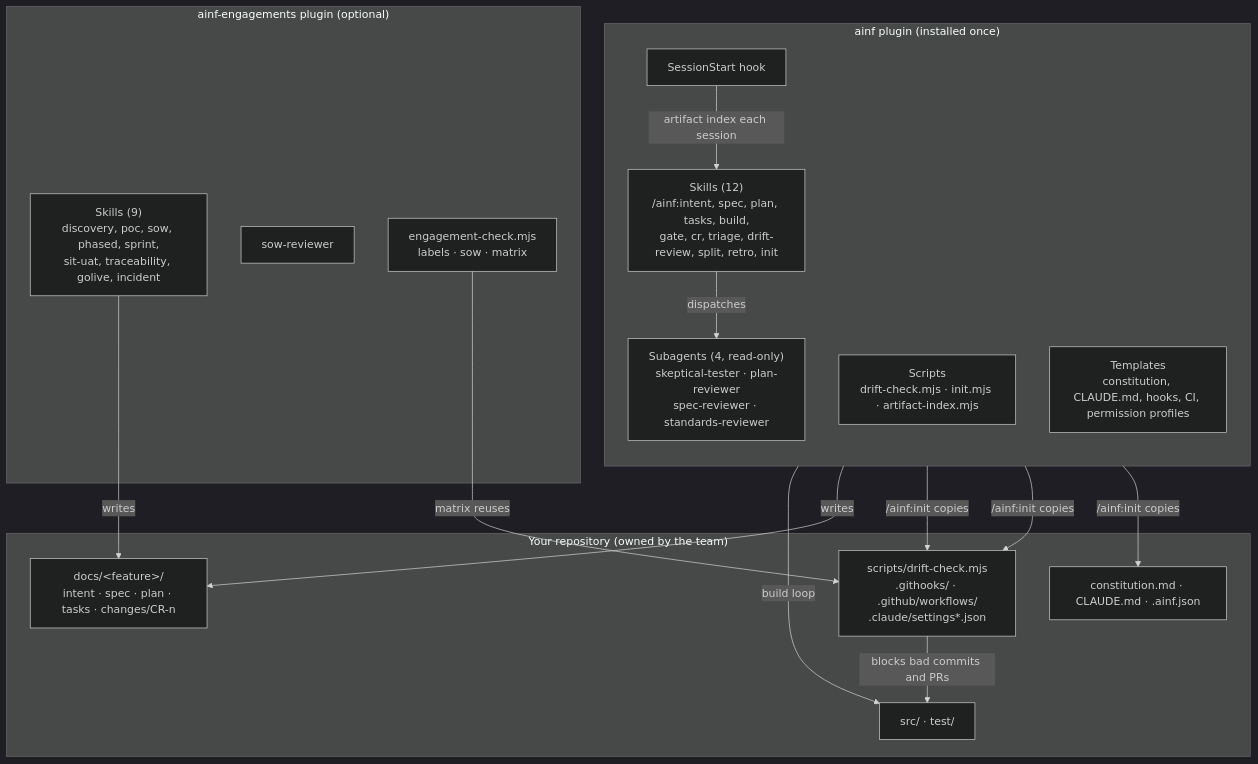
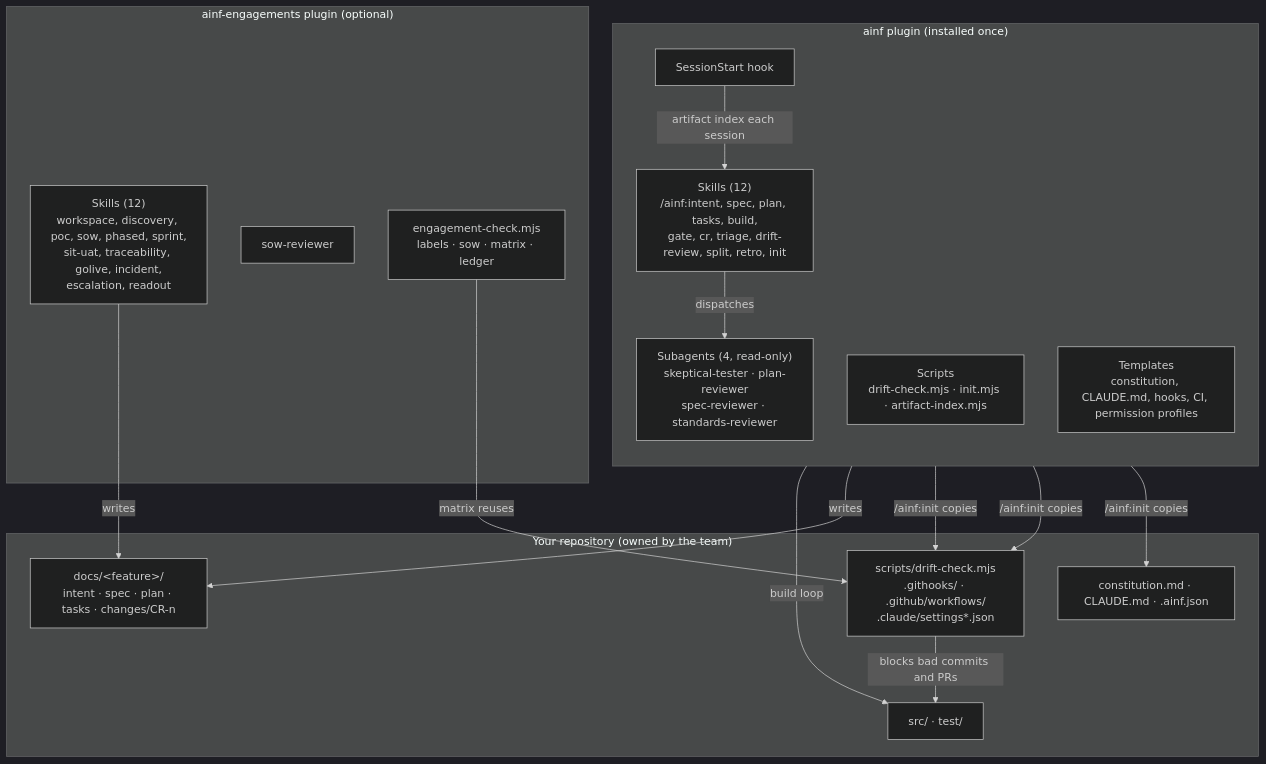
Before and after one commit to venkatviswa/ai-native-framework: the second of 6 diagrams in README.md, drawn with Mermaid (dark theme). The commit also changed other lines of this file and 44 other files, not shown here.

First line of the commit message:
ainf v0.6.0: engagement workspace, escalation and readouts

````diff
--- a/README.md
+++ b/README.md
@@ -201,35 +203,35 @@
 ```mermaid
 flowchart TB
     subgraph PLUGIN["ainf plugin (installed once)"]
         direction TB
         SK["Skills (12)<br/>/ainf:intent, spec, plan, tasks, build,<br/>gate, cr, triage, drift-review, split, retro, init"]
         AG["Subagents (4, read-only)<br/>skeptical-tester · plan-reviewer<br/>spec-reviewer · standards-reviewer"]
         SC["Scripts<br/>drift-check.mjs · init.mjs · artifact-index.mjs"]
         HK["SessionStart hook"]
         TP["Templates<br/>constitution, CLAUDE.md, hooks, CI, permission profiles"]
     end
 
     subgraph ENG["ainf-engagements plugin (optional)"]
-        ESK["Skills (9)<br/>discovery, poc, sow, phased, sprint,<br/>sit-uat, traceability, golive, incident"]
+        ESK["Skills (12)<br/>workspace, discovery, poc, sow, phased, sprint,<br/>sit-uat, traceability, golive, incident,<br/>escalation, readout"]
         EAG["sow-reviewer"]
-        ESC["engagement-check.mjs<br/>labels · sow · matrix"]
+        ESC["engagement-check.mjs<br/>labels · sow · matrix · ledger"]
     end
 
     subgraph REPO["Your repository (owned by the team)"]
         DOCS["docs/&lt;feature&gt;/<br/>intent · spec · plan · tasks · changes/CR-n"]
         GOV["constitution.md · CLAUDE.md · .ainf.json"]
         ENF["scripts/drift-check.mjs<br/>.githooks/ · .github/workflows/<br/>.claude/settings*.json"]
         CODE["src/ · test/"]
     end
 
     TP -- "/ainf:init copies" --> GOV
     TP -- "/ainf:init copies" --> ENF
     SC -- "/ainf:init copies" --> ENF
     SK -- writes --> DOCS
     SK -- dispatches --> AG
     SK -- "build loop" --> CODE
     HK -- "artifact index each session" --> SK
     ESK -- writes --> DOCS
     ESC -- "matrix reuses" --> ENF
     ENF -- blocks bad commits and PRs --> CODE
 ```
````
